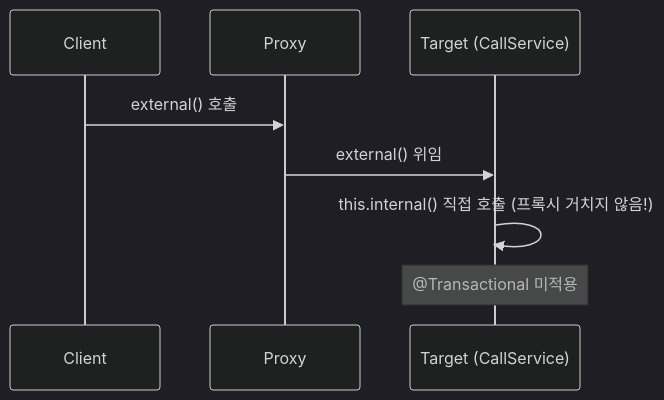
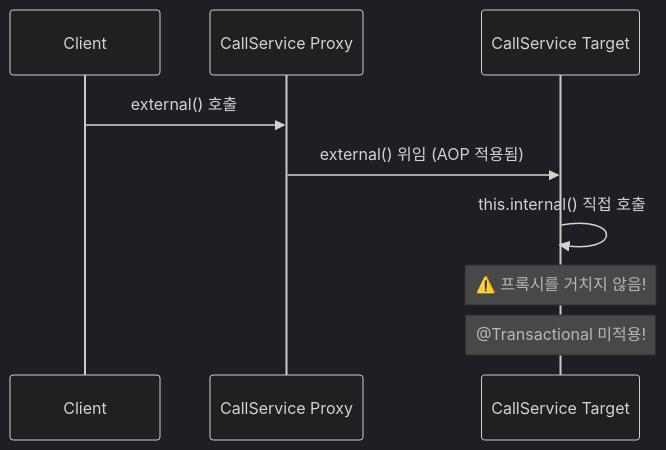
Before and after one commit to yjkim2015/yjkim2015.github.io: diagram 12 of 13 in _posts/spring/2026-05-02-spring-core-advanced.md, drawn with Mermaid (dark theme). The commit also changed other lines of this file and 32 other files, not shown here.

````diff
--- a/_posts/spring/2026-05-02-spring-core-advanced.md
+++ b/_posts/spring/2026-05-02-spring-core-advanced.md
@@ -740,11 +827,12 @@
 ```mermaid
 sequenceDiagram
     participant C as Client
-    participant P as Proxy
-    participant T as Target (CallService)
+    participant P as CallService Proxy
+    participant T as CallService Target
 
     C->>P: external() 호출
-    P->>T: external() 위임
-    T->>T: this.internal() 직접 호출 (프록시 거치지 않음!)
-    Note over T: @Transactional 미적용
+    P->>T: external() 위임 (AOP 적용됨)
+    T->>T: this.internal() 직접 호출
+    Note over T: ⚠️ 프록시를 거치지 않음!
+    Note over T: @Transactional 미적용!
 ```
````
